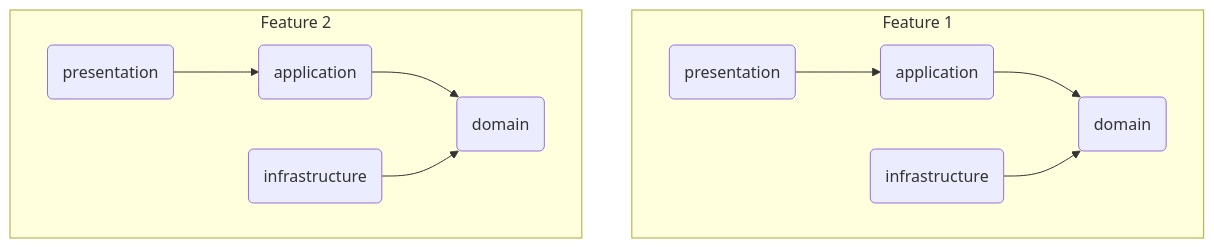
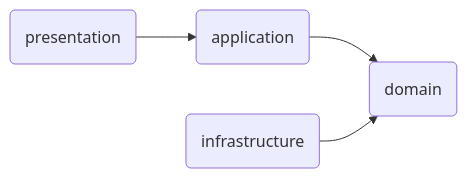
The first of 2 diagrams in README.md (Turnin-Dev/turnin-server), drawn with Mermaid before and after one commit. The commit also changed other lines of this file and 2 other files, not shown here.

````diff
--- a/README.md
+++ b/README.md
@@ -119,13 +67,5 @@
 ```mermaid
-flowchart TD
-    subgraph Feature 1
-        p(presentation) --> a(application)
-        a --> d(domain)
-        i(infrastructure) --> d
-    end
-    subgraph Feature 2
-        p2(presentation) --> a2(application)
-        a2 --> d2(domain)
-        i2(infrastructure) --> d2
-    end
+flowchart LR
+    p(presentation) --> a(application) --> d(domain)
+    i(infrastructure) --> d
 ```
````
